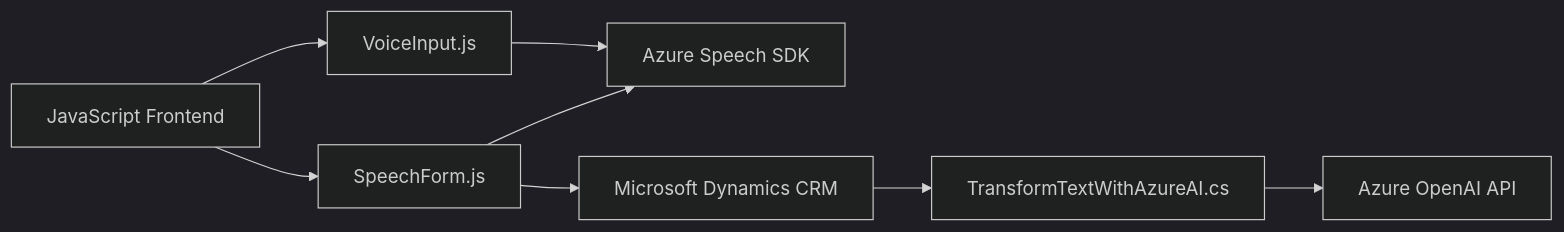
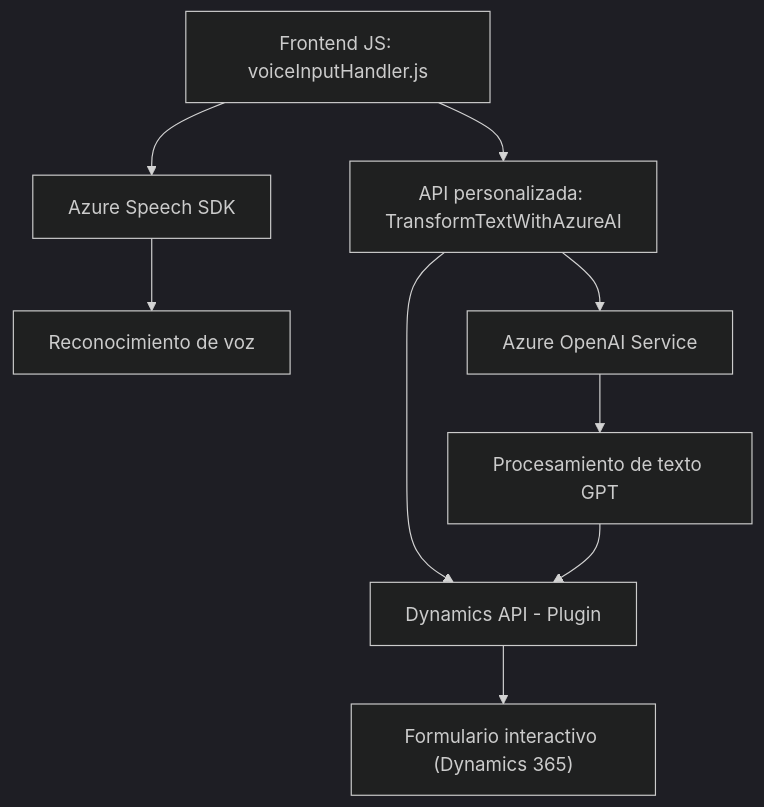
Before and after one commit to blopezdm/NETCORE_BILBAO2025: the diagram in README.md, drawn with Mermaid (dark theme). The commit also changed other lines of this file, not shown here.

````diff
--- a/README.md
+++ b/README.md
@@ -57,18 +60,11 @@
 ```mermaid
-graph LR
-    A["JavaScript Frontend"]
-    B["VoiceInput.js"]
-    C["SpeechForm.js"]
-    D["Azure Speech SDK"]
-    E["Microsoft Dynamics CRM"]
-    F["TransformTextWithAzureAI.cs"]
-    G["Azure OpenAI API"]
-
-    A --> B
-    A --> C
-    B --> D
-    C --> D
-    C --> E
-    E --> F
-    F --> G
+graph TD
+A["Frontend JS: voiceInputHandler.js"] --> B["Azure Speech SDK"]
+A --> C["API personalizada: TransformTextWithAzureAI"]
+B --> D["Reconocimiento de voz"]
+C --> E["Azure OpenAI Service"]
+C --> F["Dynamics API - Plugin"]
+E --> G["Procesamiento de texto GPT"]
+F --> H["Formulario interactivo (Dynamics 365)"]
+G --> F
 ```
````
